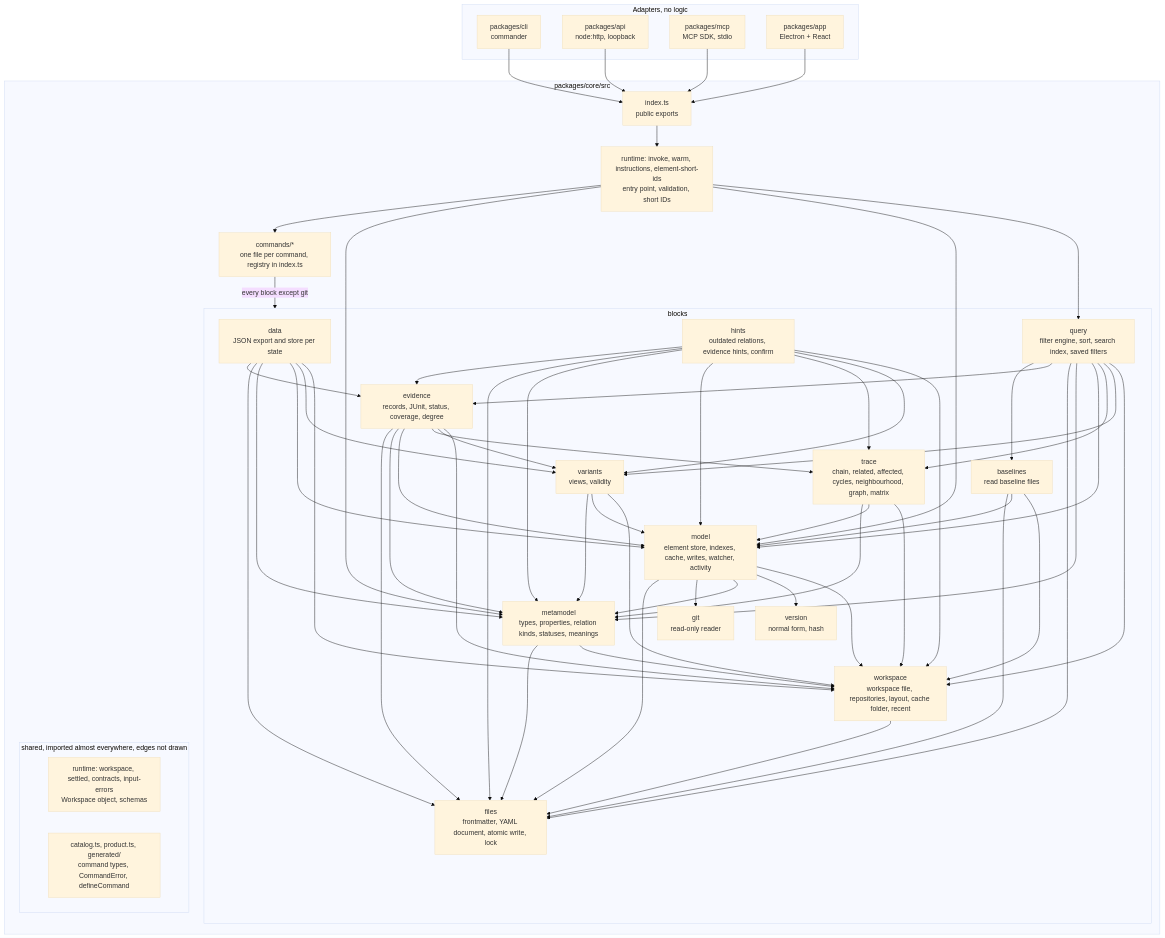
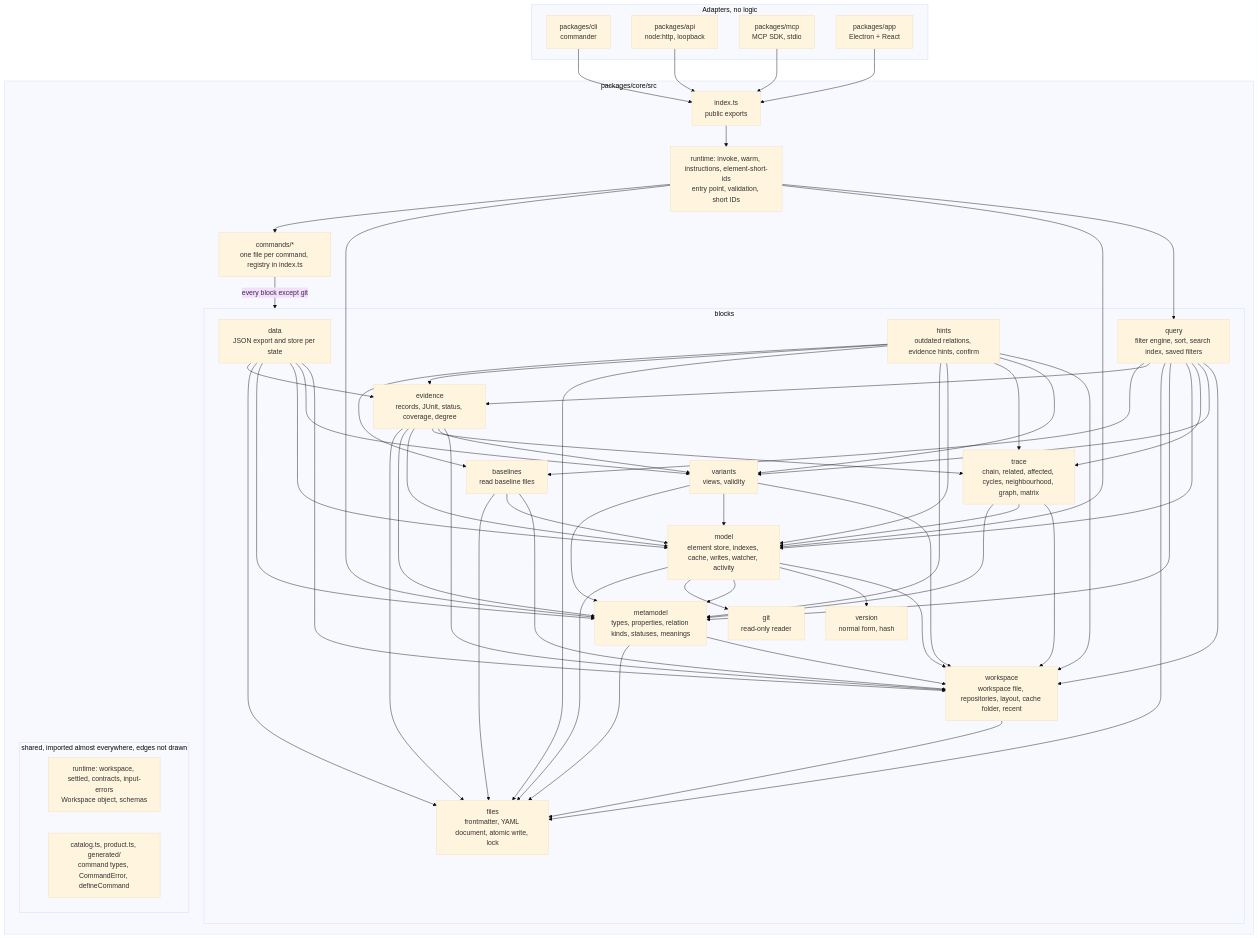
Before and after one commit to ThomasBirkmaier/ReqSeq: the second of 4 diagrams in docs/architecture/README.md, drawn with Mermaid (base theme). The commit also changed other lines of this file and 30 other files, not shown here.

````diff
--- a/docs/architecture/README.md
+++ b/docs/architecture/README.md
@@ -82,47 +82,47 @@
 ```mermaid
 flowchart TB
   subgraph adapters[Adapters, no logic]
     cli[packages/cli<br/>commander]
     api[packages/api<br/>node:http, loopback]
     mcp[packages/mcp<br/>MCP SDK, stdio]
     app[packages/app<br/>Electron + React]
   end
   subgraph core[packages/core/src]
     index[index.ts<br/>public exports]
     entry[runtime: invoke, warm, instructions, element-short-ids<br/>entry point, validation, short IDs]
     commands[commands/*<br/>one file per command, registry in index.ts]
     subgraph blocks[blocks]
       data[data<br/>JSON export and store per state]
       query[query<br/>filter engine, sort, search index, saved filters]
       hints[hints<br/>outdated relations, evidence hints, confirm]
       evidence[evidence<br/>records, JUnit, status, coverage, degree]
       trace[trace<br/>chain, related, affected, cycles, neighbourhood, graph, matrix]
       variants[variants<br/>views, validity]
       baselines[baselines<br/>read baseline files]
       model[model<br/>element store, indexes, cache, writes, watcher, activity]
       mm[metamodel<br/>types, properties, relation kinds, statuses, meanings]
       ws[workspace<br/>workspace file, repositories, layout, cache folder, recent]
       files[files<br/>frontmatter, YAML document, atomic write, lock]
       version[version<br/>normal form, hash]
       git[git<br/>read-only reader]
     end
     subgraph shared[shared, imported almost everywhere, edges not drawn]
       state[runtime: workspace, settled, contracts, input-errors<br/>Workspace object, schemas]
       catalog[catalog.ts, product.ts, generated/<br/>command types, CommandError, defineCommand]
     end
   end
   cli & api & mcp & app --> index
   index --> entry
   entry --> commands & mm & model & query
   commands -->|every block except git| blocks
   data --> evidence & files & mm & model & variants & ws
   query --> baselines & evidence & files & mm & model & trace & variants & ws
-  hints --> evidence & files & mm & model & trace & variants & ws
+  hints --> baselines & evidence & files & mm & model & trace & variants & ws
   evidence --> files & mm & model & trace & variants & ws
   trace --> mm & model & ws
   variants --> mm & model & ws
   baselines --> files & model & ws
   model --> files & git & mm & version & ws
   mm --> files & ws
   ws --> files
 ```
````
